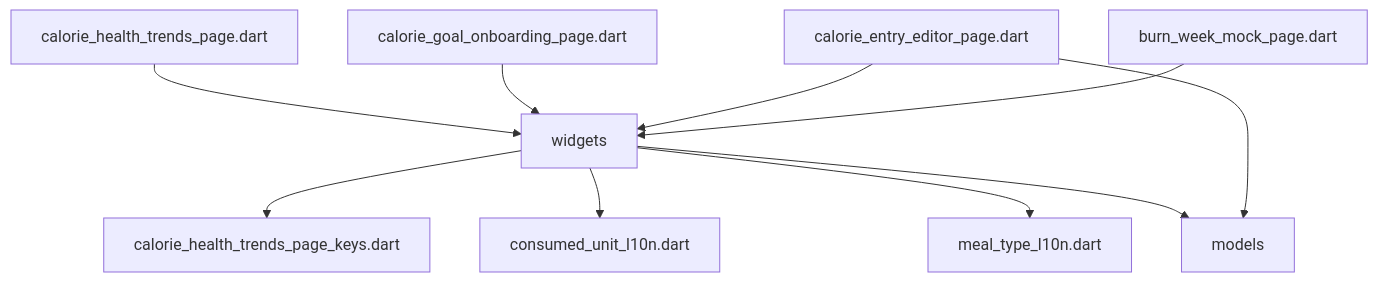
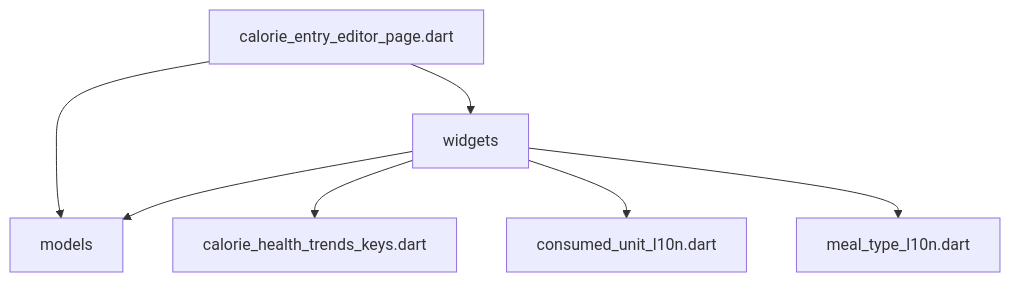
One commit to repinw/yamt changed the diagram in lib/features/calories/presentation/DEPS.md. Above: the diagram before and after it, drawn with Mermaid. The commit also changed 25 other files, not shown here.

````diff
--- a/lib/features/calories/presentation/DEPS.md
+++ b/lib/features/calories/presentation/DEPS.md
@@ -6,12 +6,9 @@
 ```mermaid
 flowchart TD;
-burn_week_mock_page.dart-->widgets;
 calorie_entry_editor_page.dart-->models;
 calorie_entry_editor_page.dart-->widgets;
-calorie_goal_onboarding_page.dart-->widgets;
-calorie_health_trends_page.dart-->widgets;
-widgets-->calorie_health_trends_page_keys.dart;
+widgets-->calorie_health_trends_keys.dart;
 widgets-->consumed_unit_l10n.dart;
 widgets-->meal_type_l10n.dart;
 widgets-->models;
 ```
````
